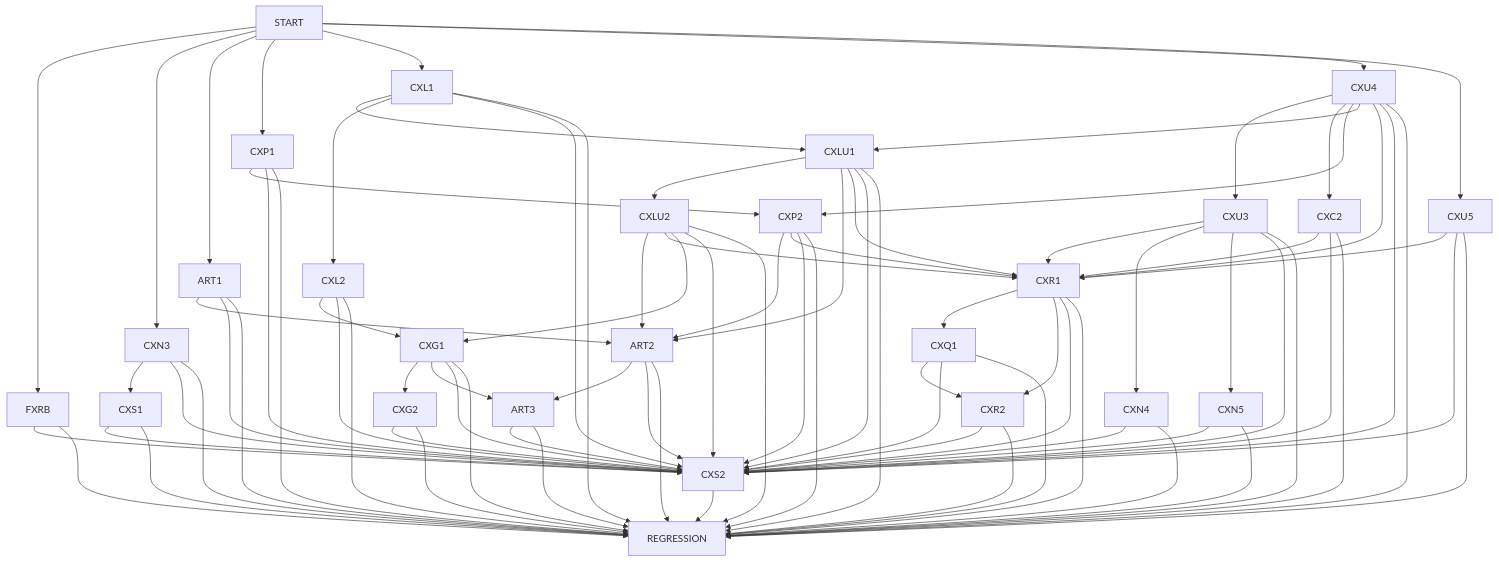
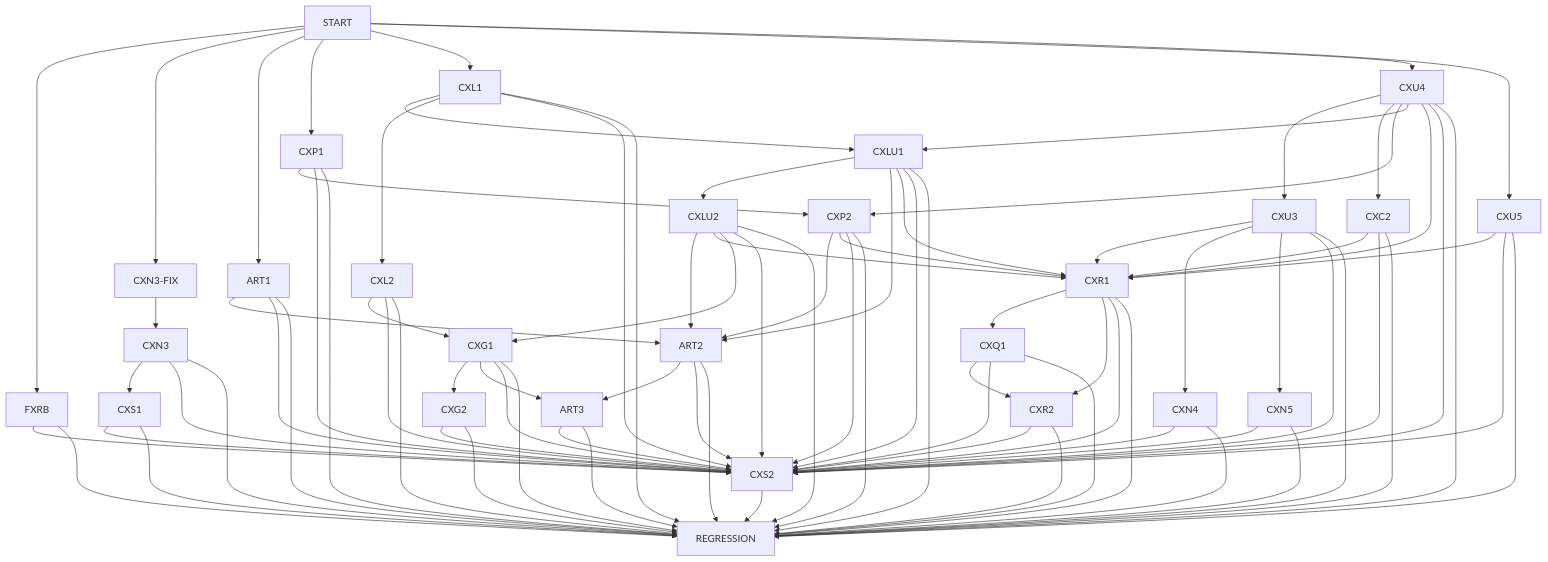
Before and after one commit to ntbaoheyhey/lantern-cat-cafe: the diagram in reports/mega-plan.md, drawn with Mermaid. The commit also changed 19 other files, not shown here.

````diff
--- a/reports/mega-plan.md
+++ b/reports/mega-plan.md
@@ -27,7 +27,8 @@
 ```mermaid
 flowchart TD
   START --> FXRB
-  START --> CXN3
+  START --> CXN3_FIX[CXN3-FIX]
+  CXN3_FIX --> CXN3
   START --> ART1
   START --> CXP1
   START --> CXL1
````
